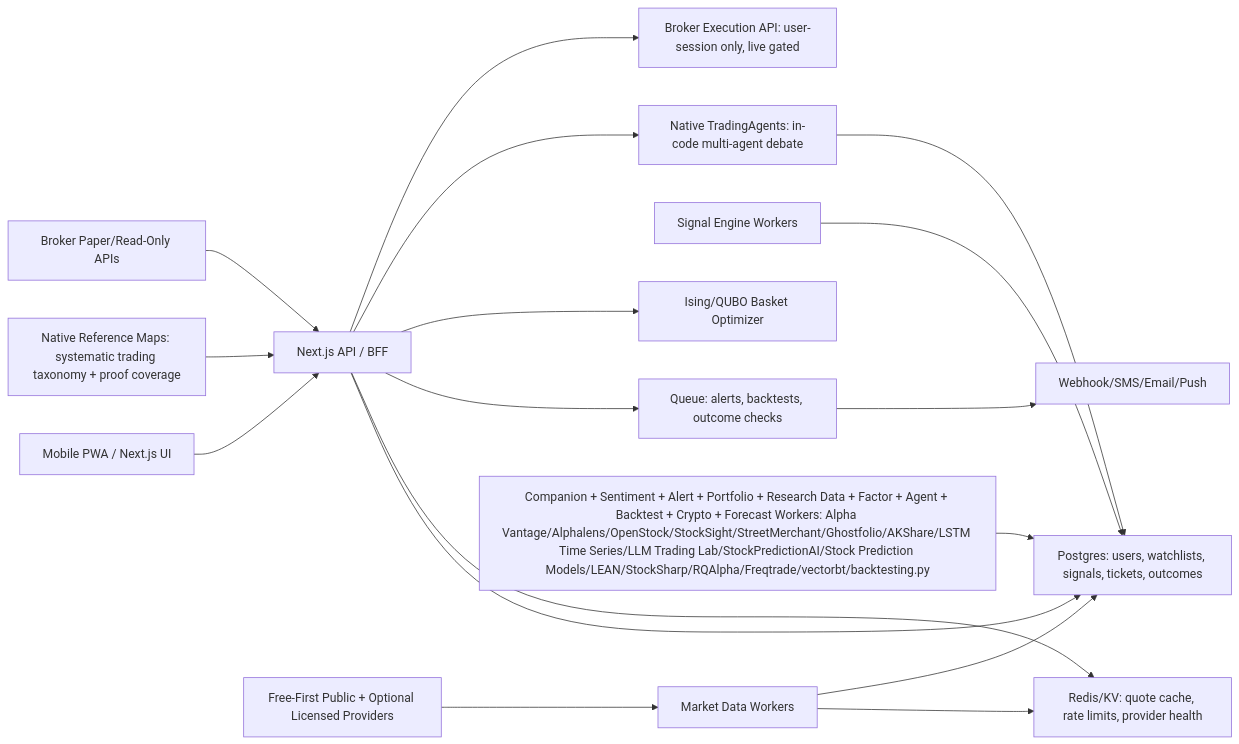
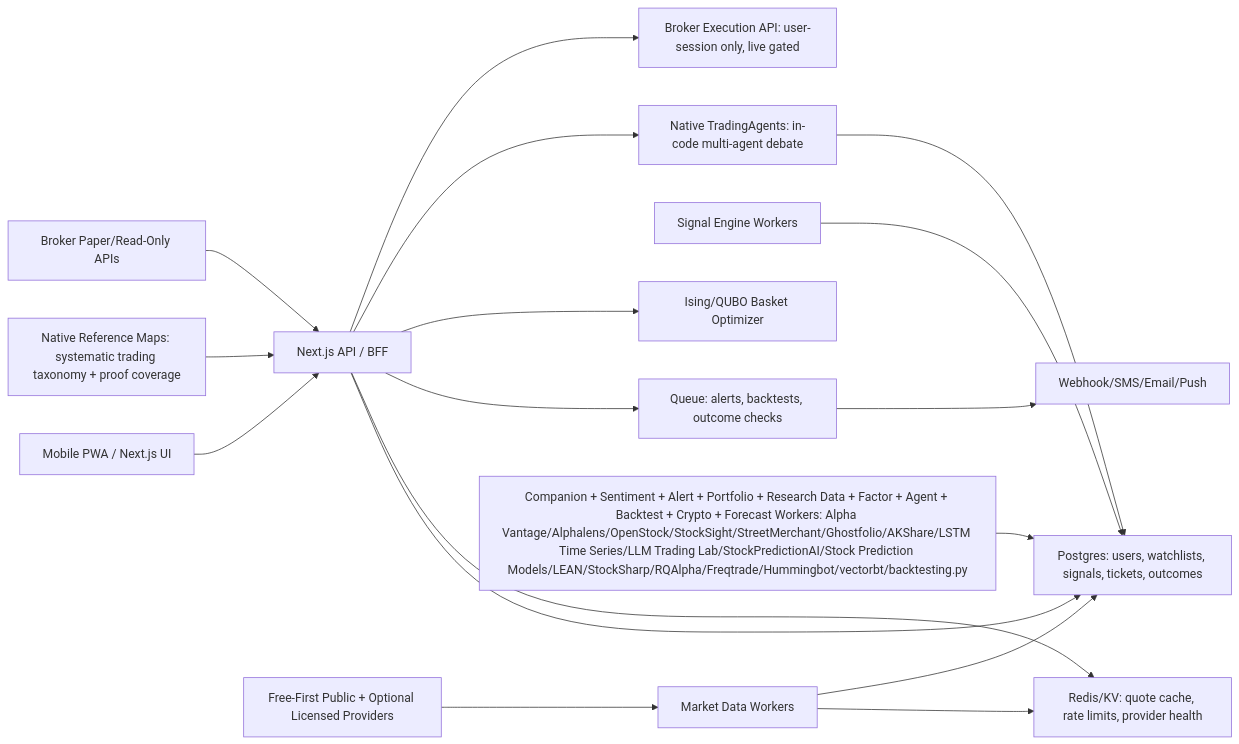
The diagram in docs/ARCHITECTURE.md (pinohu/trading-intel), drawn with Mermaid before and after one commit. The commit also changed other lines of this file and 15 other files, not shown here.

Commit message:
Add Hummingbot crypto liquidity worker lane

````diff
--- a/docs/ARCHITECTURE.md
+++ b/docs/ARCHITECTURE.md
@@ -36,19 +36,19 @@
 ```mermaid
 flowchart LR
   UI["Mobile PWA / Next.js UI"] --> BFF["Next.js API / BFF"]
   BFF --> DB["Postgres: users, watchlists, signals, tickets, outcomes"]
   BFF --> Cache["Redis/KV: quote cache, rate limits, provider health"]
   BFF --> Queue["Queue: alerts, backtests, outcome checks"]
   DataWorker["Market Data Workers"] --> Cache
   DataWorker --> DB
   Providers["Free-First Public + Optional Licensed Providers"] --> DataWorker
   SignalWorker["Signal Engine Workers"] --> DB
   BFF --> Ising["Ising/QUBO Basket Optimizer"]
   BFF --> TradingAgents["Native TradingAgents: in-code multi-agent debate"]
   TradingAgents --> DB
   ReferenceMaps["Native Reference Maps: systematic trading taxonomy + proof coverage"] --> BFF
-  BacktestWorker["Companion + Sentiment + Alert + Portfolio + Research Data + Factor + Agent + Backtest + Crypto + Forecast Workers: Alpha Vantage/Alphalens/OpenStock/StockSight/StreetMerchant/Ghostfolio/AKShare/LSTM Time Series/LLM Trading Lab/StockPredictionAI/Stock Prediction Models/LEAN/StockSharp/RQAlpha/Freqtrade/vectorbt/backtesting.py"] --> DB
+  BacktestWorker["Companion + Sentiment + Alert + Portfolio + Research Data + Factor + Agent + Backtest + Crypto + Forecast Workers: Alpha Vantage/Alphalens/OpenStock/StockSight/StreetMerchant/Ghostfolio/AKShare/LSTM Time Series/LLM Trading Lab/StockPredictionAI/Stock Prediction Models/LEAN/StockSharp/RQAlpha/Freqtrade/Hummingbot/vectorbt/backtesting.py"] --> DB
   Broker["Broker Paper/Read-Only APIs"] --> BFF
   BFF --> BrokerExec["Broker Execution API: user-session only, live gated"]
   Queue --> Alerts["Webhook/SMS/Email/Push"]
 ```
````
